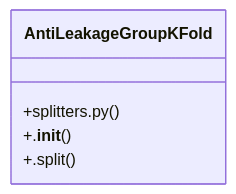
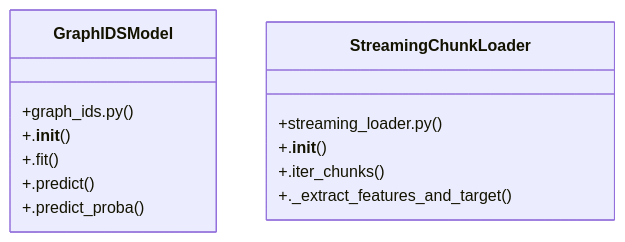
One commit to FY72X9/is_ai-vuln changed the diagram in graphify-out/wiki/Community_1.md. Above: the diagram before and after it, drawn with Mermaid. The commit also changed other lines of this file and 108 other files, not shown here.

Commit message:
docs: add generated knowledge graph wiki and cache files

````diff
--- a/graphify-out/wiki/Community_1.md
+++ b/graphify-out/wiki/Community_1.md
@@ -36,8 +36,16 @@
 ```mermaid
 classDiagram
-    class AntiLeakageGroupKFold {
-        +splitters.py()
+    class GraphIDSModel {
+        +graph_ids.py()
         +.__init__()
-        +.split()
+        +.fit()
+        +.predict()
+        +.predict_proba()
+    }
+    class StreamingChunkLoader {
+        +streaming_loader.py()
+        +.__init__()
+        +.iter_chunks()
+        +._extract_features_and_target()
     }
 ```
````
